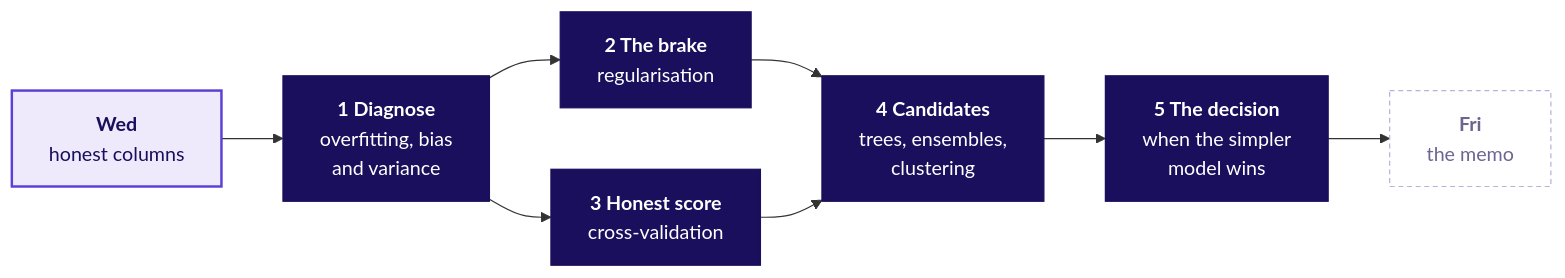
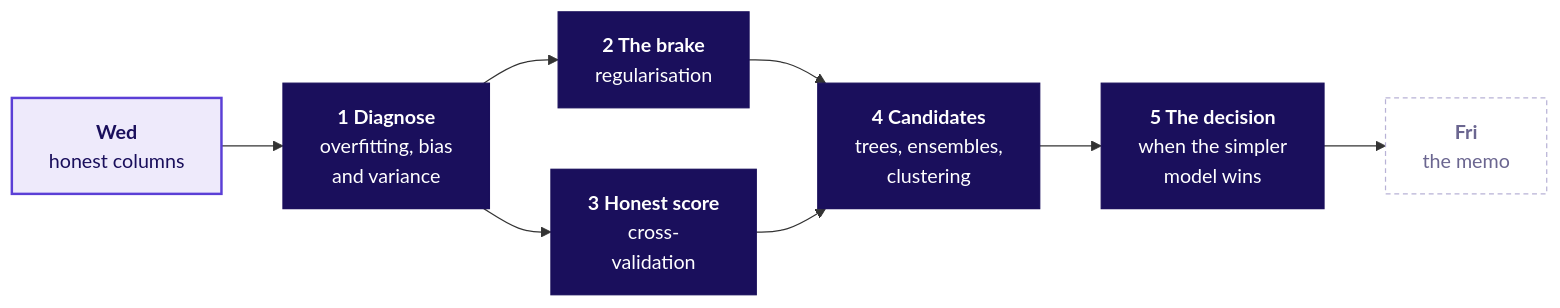
One commit to fde-academy-lab/c2-content-factory changed the second of 10 diagrams in content/W05/D4/1_in_class_training_content/slides/C2_W05_D04_slides_STUDENT.md. Above: the diagram before and after it, drawn with Mermaid. The commit also changed 1 other file, not shown here.

Commit message:
W05 D4: concept map label fix, deck rebuilt
Claude-Session: https://claude.ai/code/session_01TK2R2vWfVrrMN7ZiiacU83

````diff
--- a/content/W05/D4/1_in_class_training_content/slides/C2_W05_D04_slides_STUDENT.md
+++ b/content/W05/D4/1_in_class_training_content/slides/C2_W05_D04_slides_STUDENT.md
@@ -118,23 +118,23 @@
 ```mermaid
 flowchart LR
     T1["<b>1 Diagnose</b><br/>overfitting, bias<br/>and variance"]
     T2["<b>2 The brake</b><br/>regularisation"]
-    T3["<b>3 Honest score</b><br/>cross-validation"]
+    T3["<b>3 Honest score</b><br/>cross-<br/>validation"]
     T4["<b>4 Candidates</b><br/>trees, ensembles,<br/>clustering"]
     T5["<b>5 The decision</b><br/>when the simpler<br/>model wins"]
     W["<b>Wed</b><br/>honest columns"]
     F["<b>Fri</b><br/>the memo"]
     W --> T1
     T1 --> T2
     T1 --> T3
     T2 --> T4
     T3 --> T4
     T4 --> T5
     T5 --> F
     classDef lit fill:#1A0F5C,stroke:#1A0F5C,color:#FFFFFF
     classDef known fill:#EEEAFB,stroke:#5B3FD6,color:#1A0F5C,stroke-width:2px
     classDef unknown fill:#FFFFFF,stroke:#B8B2D6,color:#6B6690,stroke-dasharray:4 3
     class W known
     class T1,T2,T3,T4,T5 lit
     class F unknown
 ```
````
